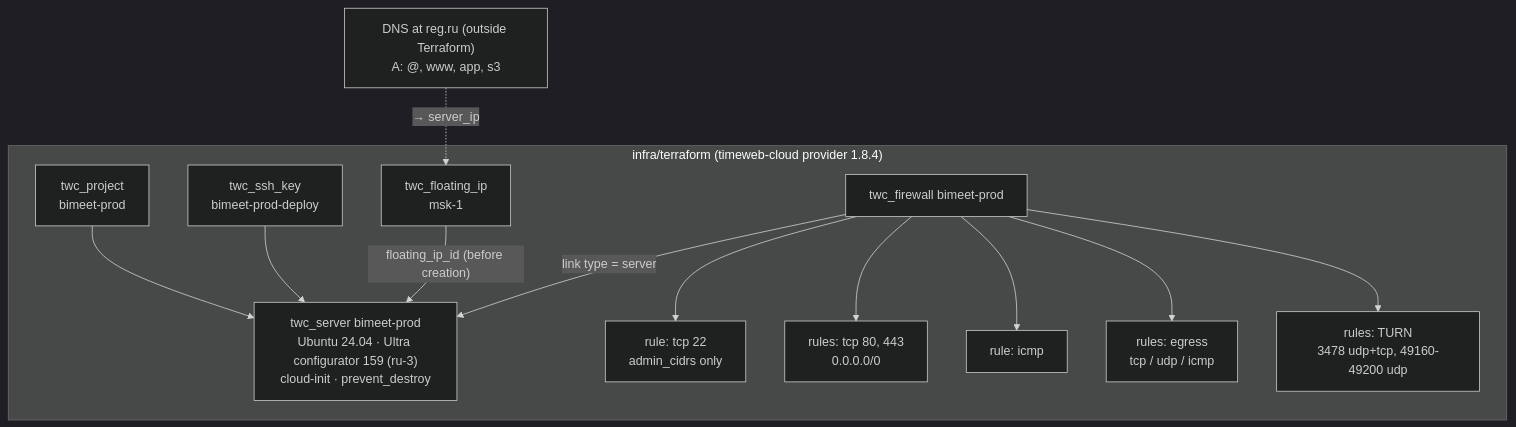
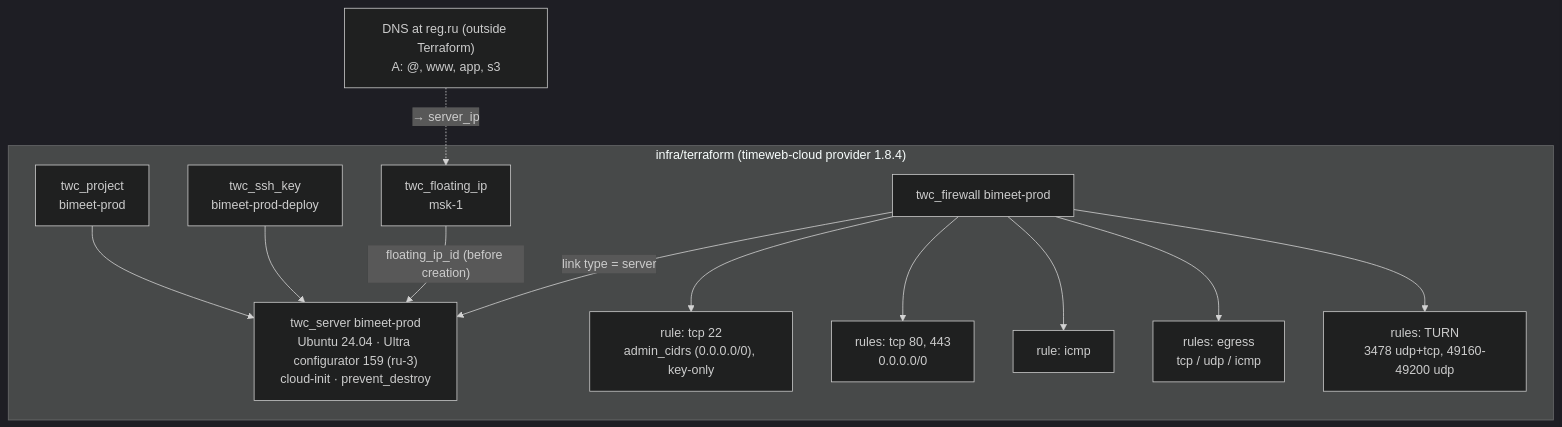
One commit to AntonSlavshchikov/bimeet changed the fourth of 5 diagrams in docs/architecture.md. Above: the diagram before and after it, drawn with Mermaid (dark theme). The commit also changed 5 other files, not shown here.

Commit message:
fix(infra): open SSH for CI deploys, key-only auth

````diff
--- a/docs/architecture.md
+++ b/docs/architecture.md
@@ -86,21 +86,21 @@
 ```mermaid
 flowchart TB
     subgraph tf["infra/terraform (timeweb-cloud provider 1.8.4)"]
         project["twc_project<br/>bimeet-prod"]
         key["twc_ssh_key<br/>bimeet-prod-deploy"]
         ip["twc_floating_ip<br/>msk-1"]
         server["twc_server bimeet-prod<br/>Ubuntu 24.04 · Ultra configurator 159 (ru-3)<br/>cloud-init · prevent_destroy"]
         fw["twc_firewall bimeet-prod"]
-        r1["rule: tcp 22<br/>admin_cidrs only"]
+        r1["rule: tcp 22<br/>admin_cidrs (0.0.0.0/0), key-only"]
         r2["rules: tcp 80, 443<br/>0.0.0.0/0"]
         r3["rule: icmp"]
         r4["rules: egress<br/>tcp / udp / icmp"]
         r5["rules: TURN<br/>3478 udp+tcp, 49160-49200 udp"]
     end
     project --> server
     key --> server
     ip -- "floating_ip_id (before creation)" --> server
     fw -- "link type = server" --> server
     fw --> r1 & r2 & r3 & r4 & r5
     dns["DNS at reg.ru (outside Terraform)<br/>A: @, www, app, s3"] -. "→ server_ip" .-> ip
 ```
````
